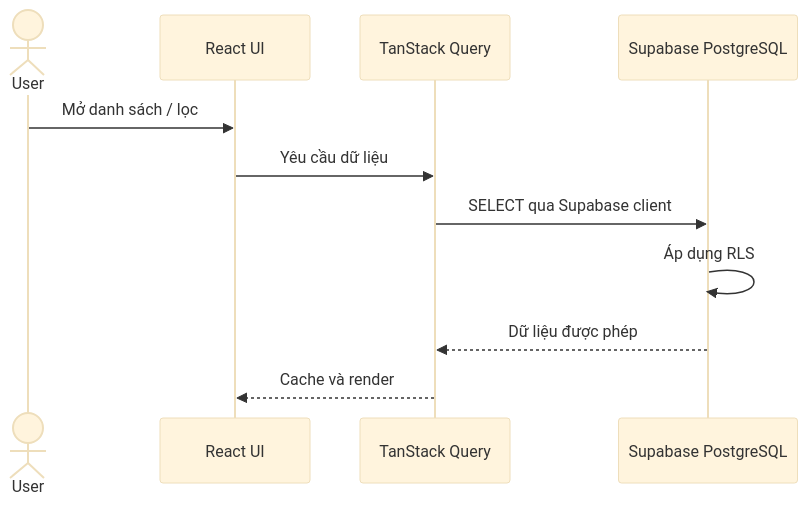
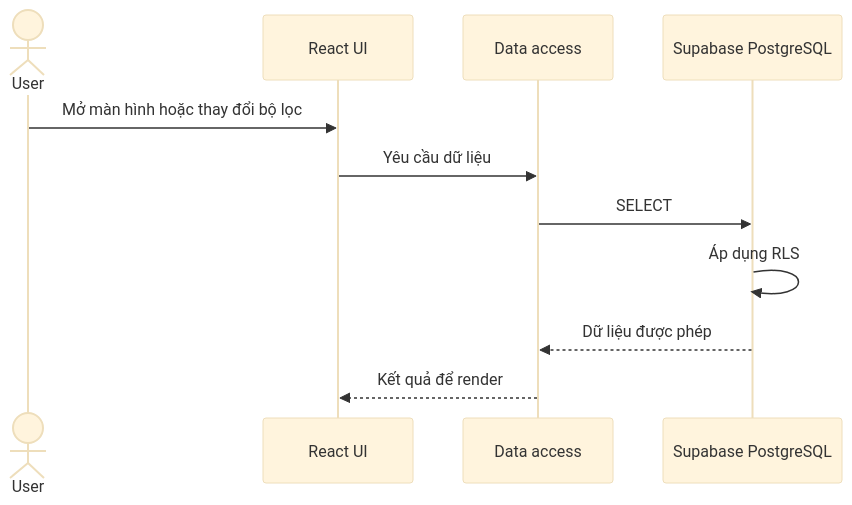
Before and after one commit to phong-dokhoahai/nam-phong-store: the fourth of 6 diagrams in docs/ARCHITECTURE.md, drawn with Mermaid (base theme). The commit also changed other lines of this file and 23 other files, not shown here.

````diff
--- a/docs/ARCHITECTURE.md
+++ b/docs/ARCHITECTURE.md
@@ -398,13 +172,13 @@
 ```mermaid
 sequenceDiagram
     actor User
     participant UI as React UI
-    participant Q as TanStack Query
+    participant Access as Data access
     participant DB as Supabase PostgreSQL
-    User->>UI: Mở danh sách / lọc
-    UI->>Q: Yêu cầu dữ liệu
-    Q->>DB: SELECT qua Supabase client
+    User->>UI: Mở màn hình hoặc thay đổi bộ lọc
+    UI->>Access: Yêu cầu dữ liệu
+    Access->>DB: SELECT
     DB->>DB: Áp dụng RLS
-    DB-->>Q: Dữ liệu được phép
-    Q-->>UI: Cache và render
+    DB-->>Access: Dữ liệu được phép
+    Access-->>UI: Kết quả để render
 ```
````
